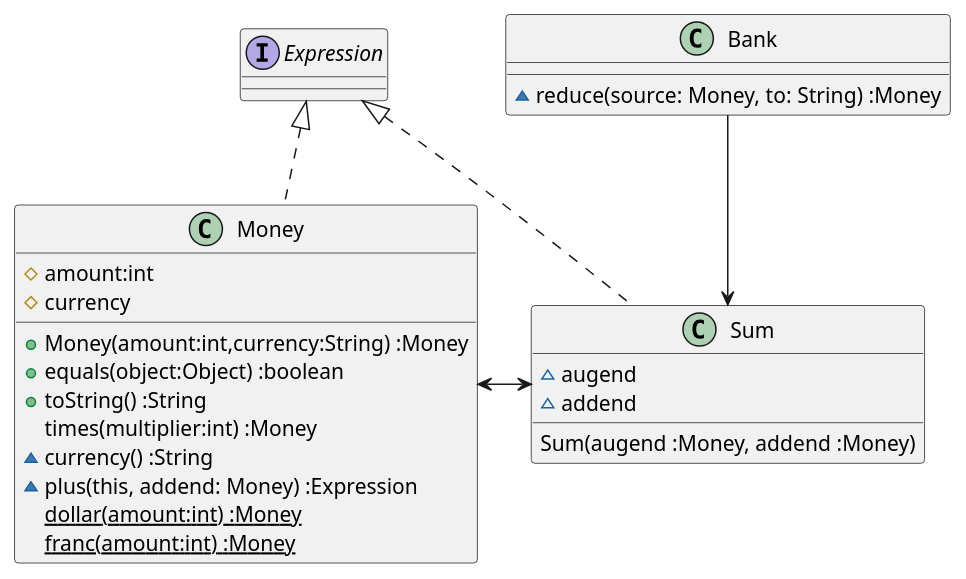
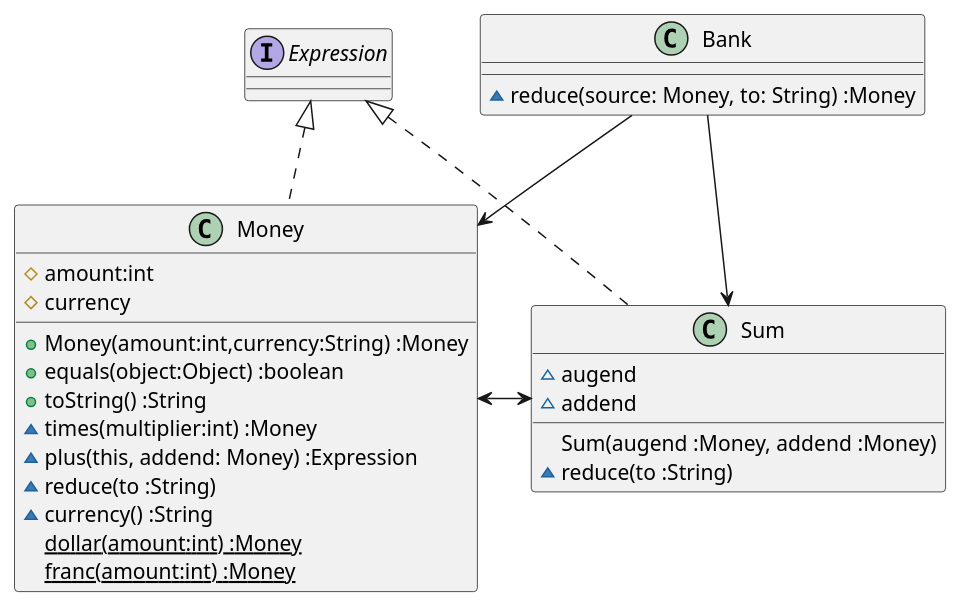
The first of 2 diagrams in docs/src/TDD.md (k2works/etude_for_java), drawn with PlantUML before and after one commit. The commit also changed other lines of this file and 5 other files, not shown here.

````diff
--- a/docs/src/TDD.md
+++ b/docs/src/TDD.md
@@ -49,27 +49,30 @@
 ```puml
 class Money {
   #amount:int
   #currency  
   +Money(amount:int,currency:String) :Money
   +equals(object:Object) :boolean  
   +toString() :String
-  times(multiplier:int) :Money
+  ~times(multiplier:int) :Money
+  ~plus(this, addend: Money) :Expression
+  ~reduce(to :String)      
   ~currency() :String
-  ~plus(this, addend: Money) :Expression
   {static} dollar(amount:int) :Money
   {static} franc(amount:int) :Money  
 }
 interface Expression
 class Bank {
   ~reduce(source: Money, to: String) :Money
 }
 class Sum {
   ~augend
   ~addend
   Sum(augend :Money, addend :Money)
+  ~reduce(to :String)
 }
 Expression <|.. Money
 Expression <|.. Sum
 Money <-> Sum
 Bank --> Sum
+Bank --> Money
 ```
````
